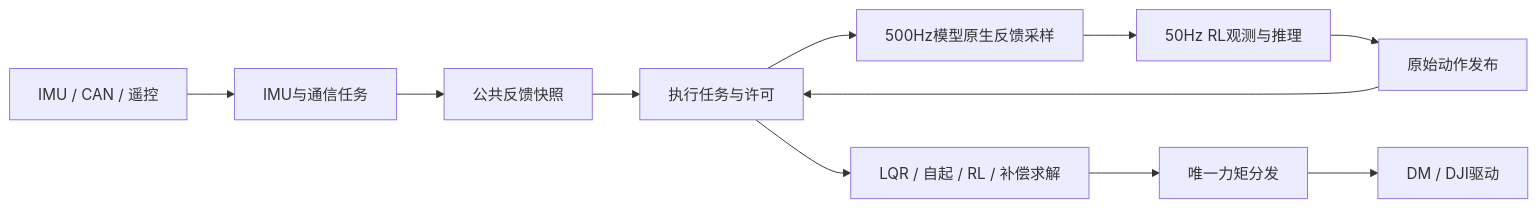
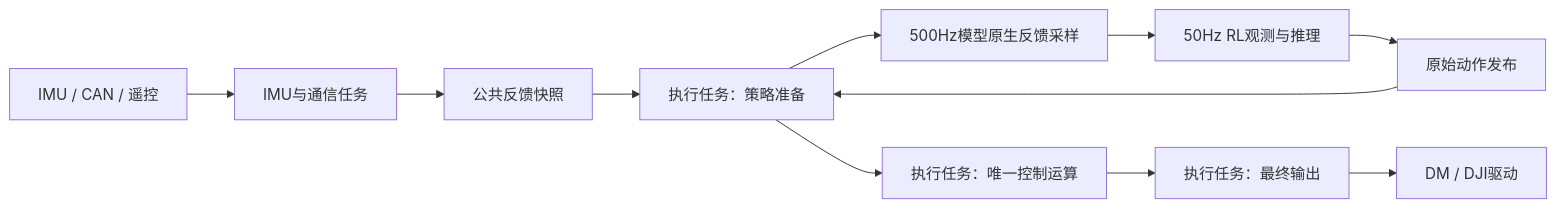
The diagram in md/file-guide.md (ynzz33/CtrBoard-H7_ALL), drawn with Mermaid before and after one commit. The commit also changed other lines of this file and 11 other files, not shown here.

````diff
--- a/md/file-guide.md
+++ b/md/file-guide.md
@@ -65,13 +68,13 @@
 ```mermaid
 flowchart LR
     Sensors[IMU / CAN / 遥控] --> Prepare[IMU与通信任务]
     Prepare --> Snapshot[公共反馈快照]
-    Snapshot --> Act[执行任务与许可]
+    Snapshot --> Act[执行任务：策略准备]
     Act --> Sample[500Hz模型原生反馈采样]
     Sample --> Policy[50Hz RL观测与推理]
     Policy --> Action[原始动作发布]
     Action --> Act
-    Act --> Solve[LQR / 自起 / RL / 补偿求解]
-    Solve --> Dispatch[唯一力矩分发]
+    Act --> Solve[执行任务：唯一控制运算]
+    Solve --> Dispatch[执行任务：最终输出]
     Dispatch --> Motors[DM / DJI驱动]
 ```
````
